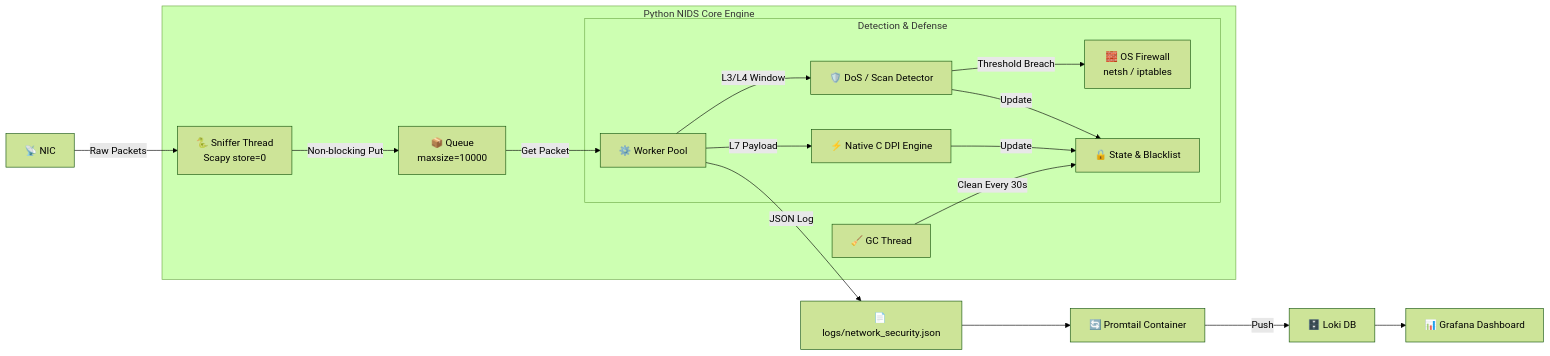
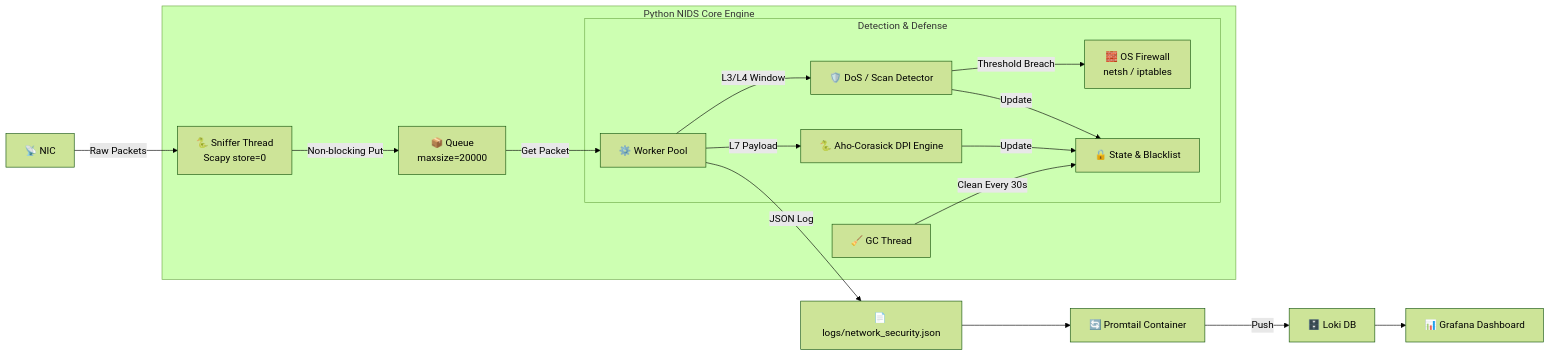
One commit to RazEini/NetGuard changed the diagram in README.md. Above: the diagram before and after it, drawn with Mermaid (forest theme). The commit also changed other lines of this file, not shown here.

First line of the commit message:
Revise DPI engine details and configuration settings

````diff
--- a/README.md
+++ b/README.md
@@ -27,26 +29,26 @@
 ```mermaid
 flowchart LR
     %% Traffic Input
     NIC[📡 NIC] -->|Raw Packets| SnifferThread[🐍 Sniffer Thread<br>Scapy store=0]
 
     %% Core Engine
     subgraph Engine [Python NIDS Core Engine]
-        SnifferThread -->|Non-blocking Put| Queue[📦 Queue<br>maxsize=10000]
+        SnifferThread -->|Non-blocking Put| Queue[📦 Queue<br>maxsize=20000]
         Queue -->|Get Packet| Worker[⚙️ Worker Pool]
 
         subgraph Detection [Detection & Defense]
             Worker -->|L3/L4 Window| Anomaly[🛡️ DoS / Scan Detector]
-            Worker -->|L7 Payload| DPI[⚡ Native C DPI Engine]
+            Worker -->|L7 Payload| DPI[🐍 Aho-Corasick DPI Engine]
             Anomaly -->|Threshold Breach| Firewall[🧱 OS Firewall<br>netsh / iptables]
             Anomaly & DPI -->|Update| State[🔒 State & Blacklist]
         end
 
         GC[🧹 GC Thread] -->|Clean Every 30s| State
     end
 
     %% Logging & Observability
     Worker -->|JSON Log| LogFile[📄 logs/network_security.json]
     LogFile --> Promtail[🔄 Promtail Container]
     Promtail -->|Push| Loki[🗄️ Loki DB]
     Loki --> Grafana[📊 Grafana Dashboard]
 ```
````
